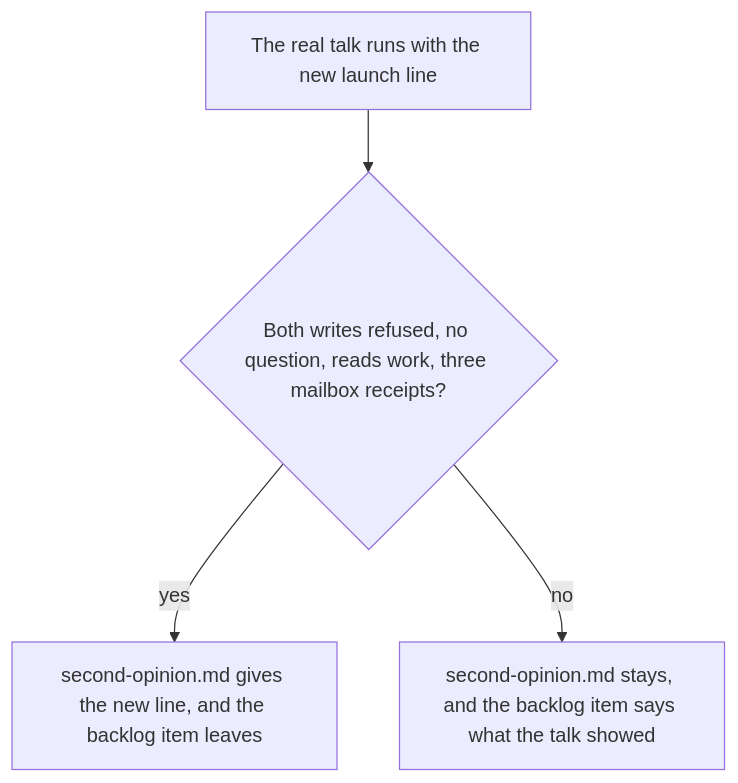
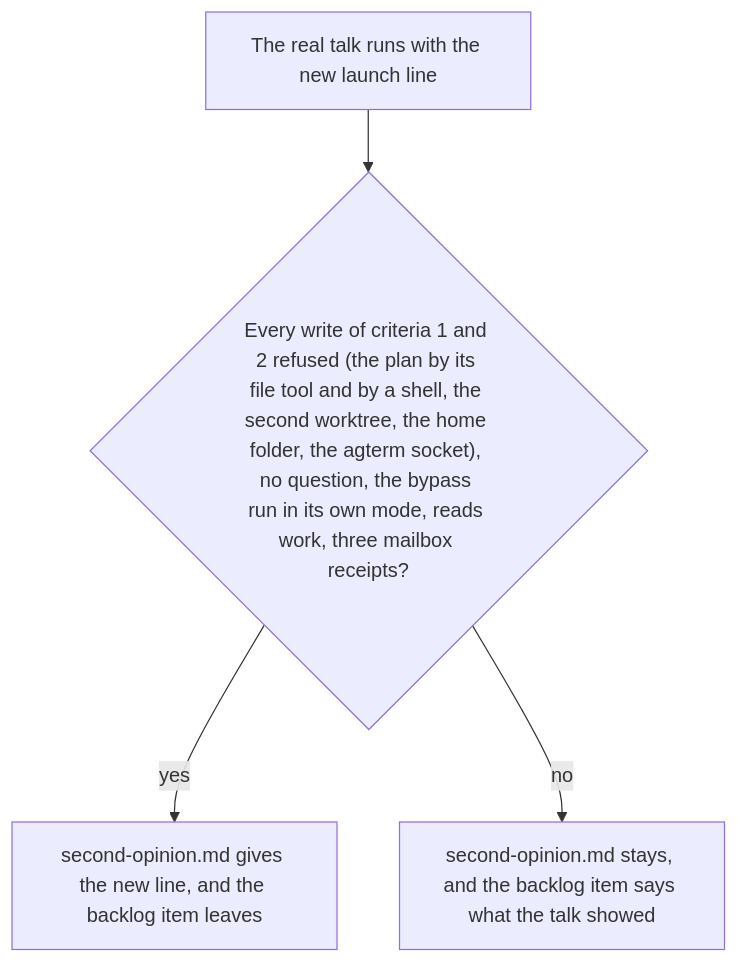
One commit to pySilver/lem changed the diagram in docs/plans/2026-11-23-the-plan-talks-claude-code-reviewer-has-no-read-only-guard.md. Above: the diagram before and after it, drawn with Mermaid. The commit also changed other lines of this file, not shown here.

Commit message:
docs(plans): the talk's first repairs: the send outside the sandbox and no socket in it, the home folder denied, the bypass run without the owner's lock, the chart's whole question

````diff
--- a/docs/plans/2026-11-23-the-plan-talks-claude-code-reviewer-has-no-read-only-guard.md
+++ b/docs/plans/2026-11-23-the-plan-talks-claude-code-reviewer-has-no-read-only-guard.md
@@ -28,6 +28,6 @@
 ```mermaid
 flowchart TD
-  A["The real talk runs with the new launch line"] --> B{"Both writes refused, no question, reads work, three mailbox receipts?"}
+  A["The real talk runs with the new launch line"] --> B{"Every write of criteria 1 and 2 refused (the plan by its file tool and by a shell, the second worktree, the home folder, the agterm socket), no question, the bypass run in its own mode, reads work, three mailbox receipts?"}
   B -->|"yes"| C["second-opinion.md gives the new line, and the backlog item leaves"]
   B -->|"no"| D["second-opinion.md stays, and the backlog item says what the talk showed"]
 ```
````
